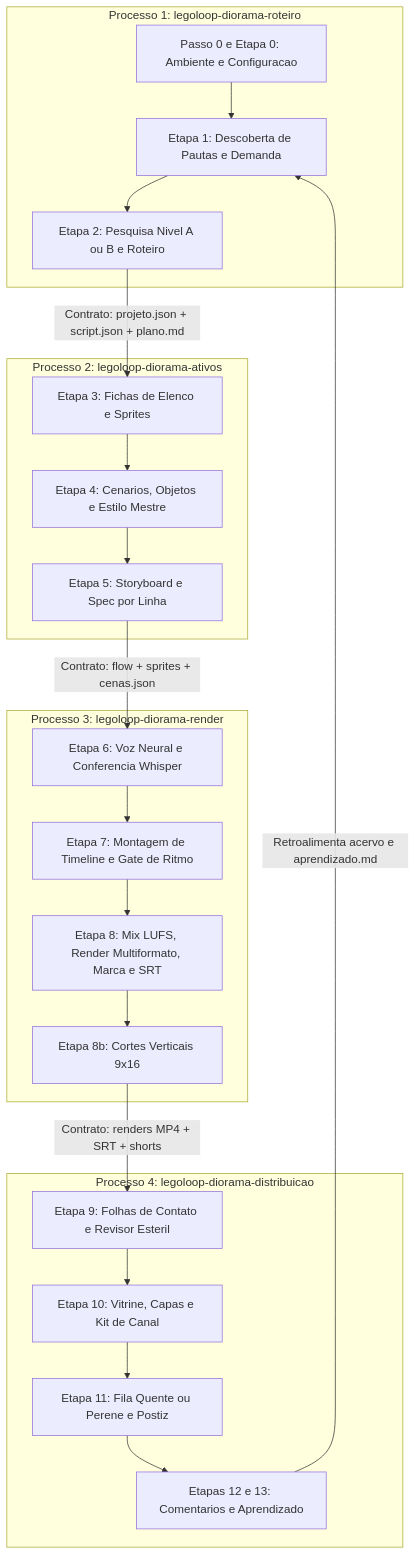
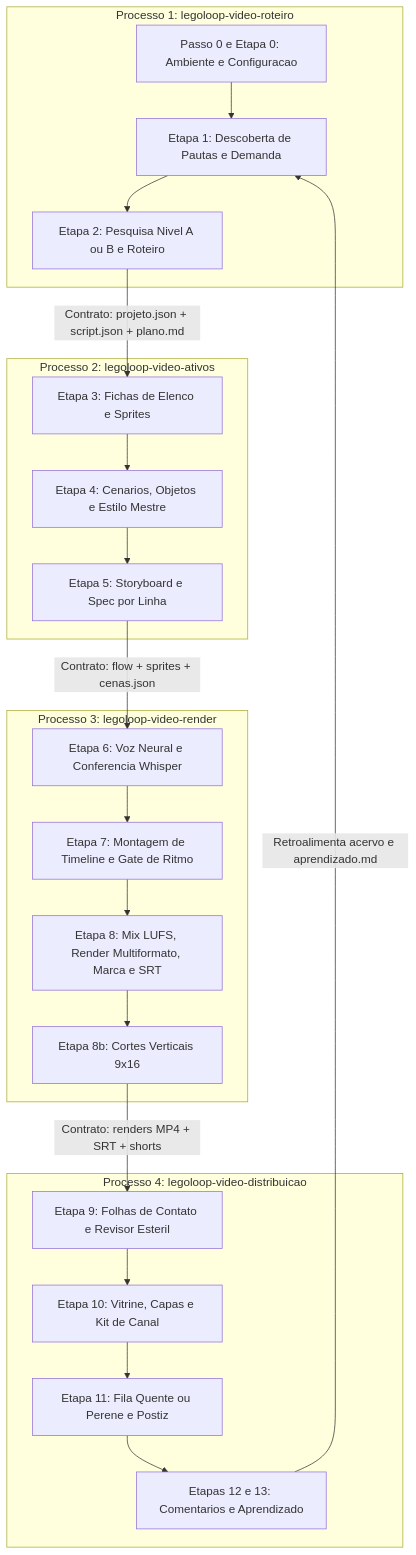
Before and after one commit to heverton-dev/LegoLoop: the diagram in docs/intents/2026-11-24_MAPA_MACRO_VIDEO_DIORAMA.md, drawn with Mermaid. The commit also changed other lines of this file and 166 other files, not shown here.

````diff
--- a/docs/intents/2026-11-24_MAPA_MACRO_VIDEO_DIORAMA.md
+++ b/docs/intents/2026-11-24_MAPA_MACRO_VIDEO_DIORAMA.md
@@ -18,29 +19,29 @@
 ```mermaid
 flowchart TD
-    subgraph P1["Processo 1: legoloop-diorama-roteiro"]
+    subgraph P1["Processo 1: legoloop-video-roteiro"]
         E0["Passo 0 e Etapa 0: Ambiente e Configuracao"] --> E1["Etapa 1: Descoberta de Pautas e Demanda"]
         E1 --> E2["Etapa 2: Pesquisa Nivel A ou B e Roteiro"]
     end
 
-    subgraph P2["Processo 2: legoloop-diorama-ativos"]
+    subgraph P2["Processo 2: legoloop-video-ativos"]
         E3["Etapa 3: Fichas de Elenco e Sprites"] --> E4["Etapa 4: Cenarios, Objetos e Estilo Mestre"]
         E4 --> E5["Etapa 5: Storyboard e Spec por Linha"]
     end
 
-    subgraph P3["Processo 3: legoloop-diorama-render"]
+    subgraph P3["Processo 3: legoloop-video-render"]
         E6["Etapa 6: Voz Neural e Conferencia Whisper"] --> E7["Etapa 7: Montagem de Timeline e Gate de Ritmo"]
         E7 --> E8["Etapa 8: Mix LUFS, Render Multiformato, Marca e SRT"]
         E8 --> E8B["Etapa 8b: Cortes Verticais 9x16"]
     end
 
-    subgraph P4["Processo 4: legoloop-diorama-distribuicao"]
+    subgraph P4["Processo 4: legoloop-video-distribuicao"]
         E9["Etapa 9: Folhas de Contato e Revisor Esteril"] --> E10["Etapa 10: Vitrine, Capas e Kit de Canal"]
         E10 --> E11["Etapa 11: Fila Quente ou Perene e Postiz"]
         E11 --> E12["Etapas 12 e 13: Comentarios e Aprendizado"]
     end
 
     E2 -->|"Contrato: projeto.json + script.json + plano.md"| E3
     E5 -->|"Contrato: flow + sprites + cenas.json"| E6
     E8B -->|"Contrato: renders MP4 + SRT + shorts"| E9
     E12 -->|"Retroalimenta acervo e aprendizado.md"| E1
 ```
````
